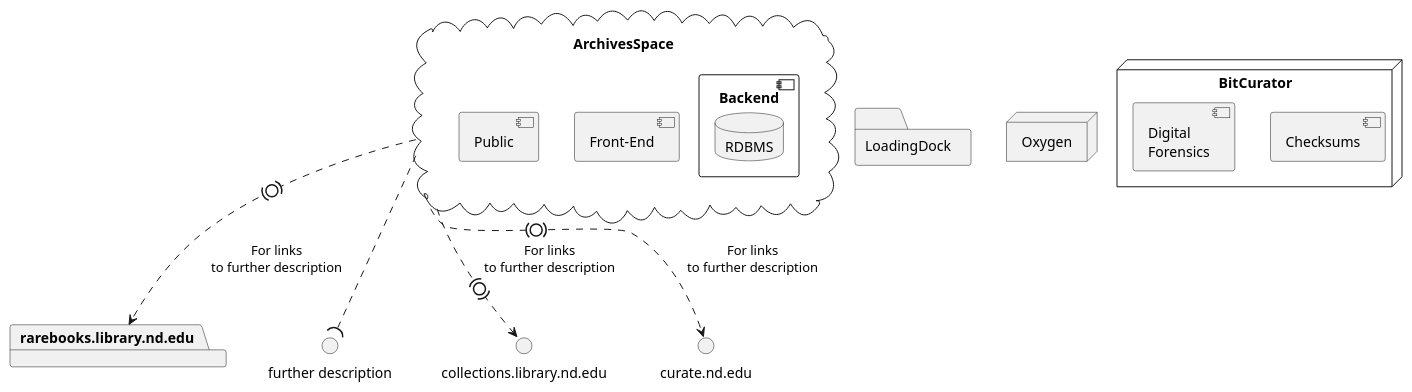
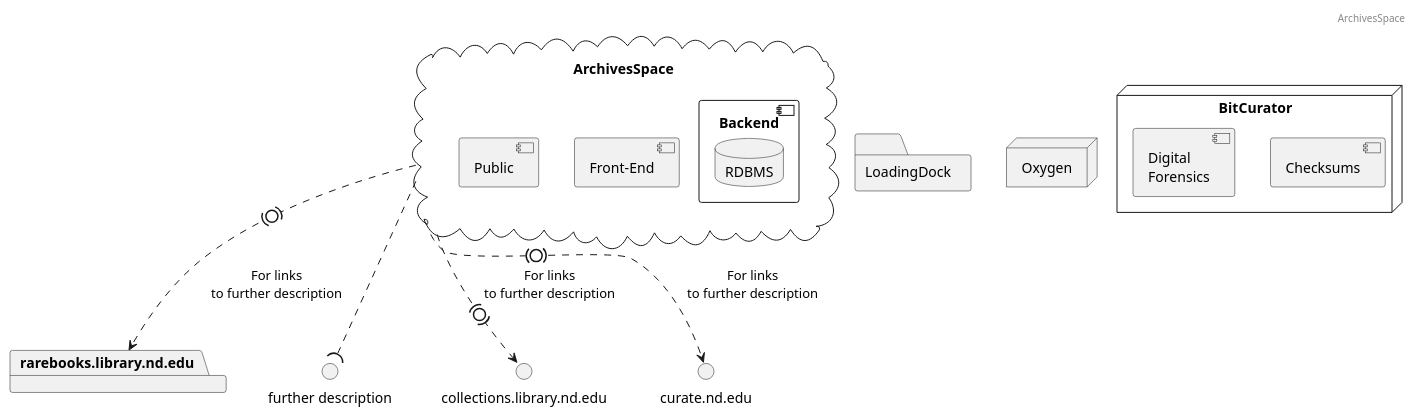
One commit to ndlib/dam-ecosystem-mapping changed the diagram in plantuml/archivesspace.puml. Above: the diagram before and after it, drawn with PlantUML. The commit also changed 8 other files, not shown here.

Commit message:
Adding headers to diagrams

```diff
--- a/plantuml/archivesspace.puml
+++ b/plantuml/archivesspace.puml
@@ -10,27 +10,29 @@
 @startuml
+
+header ArchivesSpace
 
 
 cloud "ArchivesSpace" {
   component "Front-End"
   component "Public"
   component "Backend" {
     database "RDBMS"
   }
 }
 
 package "rarebooks.library.nd.edu"
 
 interface "further description" as FurtherDescription
 
 folder "LoadingDock"
 node "Oxygen"
 node "BitCurator" {
   component "Checksums"
   component "Digital\nForensics"
 }
 
 ArchivesSpace .(0).> rarebooks.library.nd.edu : "For links\nto further description"
 ArchivesSpace .(0).> collections.library.nd.edu : "For links\nto further description"
 ArchivesSpace .(0).> curate.nd.edu : "For links\nto further description"
 ArchivesSpace ..( FurtherDescription
 @enduml
```
